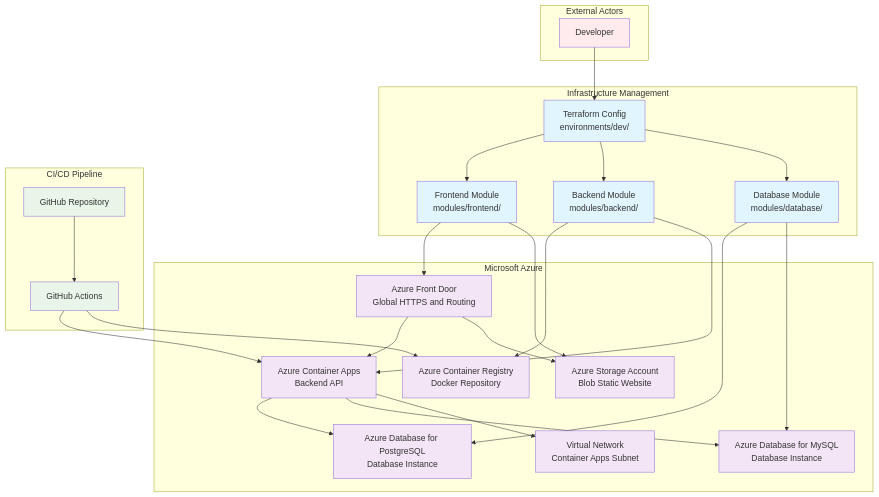
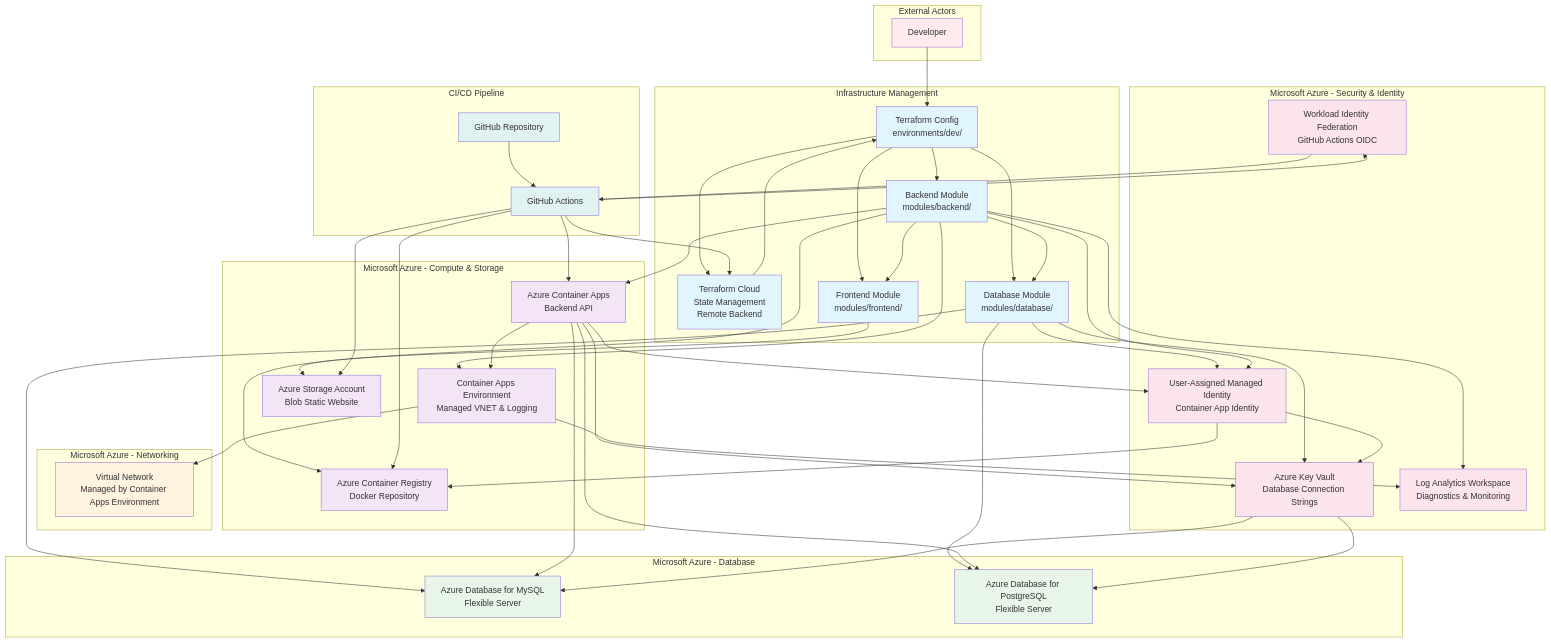
Before and after one commit to kenwoo9y/todo-infra-azure: the first of 2 diagrams in docs/architecture-diagram.md, drawn with Mermaid. The commit also changed other lines of this file, not shown here.

````diff
--- a/docs/architecture-diagram.md
+++ b/docs/architecture-diagram.md
@@ -10,19 +10,33 @@
 
     subgraph "Infrastructure Management"
         DEV_TERRAFORM[Terraform Config<br/>environments/dev/]
+        TF_CLOUD[Terraform Cloud<br/>State Management<br/>Remote Backend]
         DB_MODULE[Database Module<br/>modules/database/]
         BACKEND_MODULE[Backend Module<br/>modules/backend/]
         FRONTEND_MODULE[Frontend Module<br/>modules/frontend/]
     end
 
-    subgraph "Microsoft Azure"
+    subgraph "Microsoft Azure - Compute & Storage"
         ACA[Azure Container Apps<br/>Backend API]
-        MYSQL[Azure Database for MySQL<br/>Database Instance]
-        POSTGRESQL[Azure Database for PostgreSQL<br/>Database Instance]
+        ACA_ENV[Container Apps Environment<br/>Managed VNET & Logging]
         ACR[Azure Container Registry<br/>Docker Repository]
         STORAGE[Azure Storage Account<br/>Blob Static Website]
-        FRONT_DOOR[Azure Front Door<br/>Global HTTPS and Routing]
-        VNET[Virtual Network<br/>Container Apps Subnet]
+    end
+
+    subgraph "Microsoft Azure - Networking"
+        VNET[Virtual Network<br/>Managed by Container Apps Environment]
+    end
+
+    subgraph "Microsoft Azure - Database"
+        MYSQL[Azure Database for MySQL<br/>Flexible Server]
+        POSTGRESQL[Azure Database for PostgreSQL<br/>Flexible Server]
+    end
+
+    subgraph "Microsoft Azure - Security & Identity"
+        KEY_VAULT[Azure Key Vault<br/>Database Connection Strings]
+        LAW[Log Analytics Workspace<br/>Diagnostics & Monitoring]
+        MI[User-Assigned Managed Identity<br/>Container App Identity]
+        OIDC[Workload Identity Federation<br/>GitHub Actions OIDC]
     end
 
     subgraph "CI/CD Pipeline"
@@ -32,6 +46,8 @@
 
     %% Development Flow
     DEV --> DEV_TERRAFORM
+    DEV_TERRAFORM --> TF_CLOUD
+    TF_CLOUD --> DEV_TERRAFORM
     DEV_TERRAFORM --> DB_MODULE
     DEV_TERRAFORM --> BACKEND_MODULE
     DEV_TERRAFORM --> FRONTEND_MODULE
@@ -39,31 +55,55 @@
     %% Infrastructure Resources
     DB_MODULE --> MYSQL
     DB_MODULE --> POSTGRESQL
+    DB_MODULE --> KEY_VAULT
+    DB_MODULE --> MI
     BACKEND_MODULE --> ACA
+    BACKEND_MODULE --> ACA_ENV
     BACKEND_MODULE --> ACR
+    BACKEND_MODULE --> LAW
+    BACKEND_MODULE --> MI
+    BACKEND_MODULE --> DB_MODULE
+    BACKEND_MODULE --> FRONTEND_MODULE
     FRONTEND_MODULE --> STORAGE
-    FRONTEND_MODULE --> FRONT_DOOR
-    ACA --> VNET
+    ACA --> ACA_ENV
+    ACA --> MI
+
+    %% Networking Flow
+    ACA_ENV --> VNET
+    ACA_ENV --> LAW
 
     %% Service Connections
     ACA --> MYSQL
     ACA --> POSTGRESQL
-    FRONT_DOOR --> STORAGE
-    FRONT_DOOR --> ACA
+    ACA --> KEY_VAULT
+    MI --> KEY_VAULT
+    MI --> ACR
+    KEY_VAULT --> MYSQL
+    KEY_VAULT --> POSTGRESQL
 
     %% CI/CD
     GITHUB --> GITHUB_ACTIONS
+    GITHUB_ACTIONS --> TF_CLOUD
+    GITHUB_ACTIONS --> OIDC
+    OIDC --> GITHUB_ACTIONS
     GITHUB_ACTIONS --> ACR
     GITHUB_ACTIONS --> ACA
+    GITHUB_ACTIONS --> STORAGE
 
     %% Styles
     classDef actorClass fill:#ffebee
     classDef infraClass fill:#e1f5fe
-    classDef azureClass fill:#f3e5f5
-    classDef cicdClass fill:#e8f5e8
+    classDef computeClass fill:#f3e5f5
+    classDef networkClass fill:#fff3e0
+    classDef dbClass fill:#e8f5e9
+    classDef securityClass fill:#fce4ec
+    classDef cicdClass fill:#e0f2f1
 
     class DEV actorClass
-    class DEV_TERRAFORM,DB_MODULE,BACKEND_MODULE,FRONTEND_MODULE infraClass
-    class ACA,MYSQL,POSTGRESQL,ACR,STORAGE,FRONT_DOOR,VNET, azureClass
+    class DEV_TERRAFORM,TF_CLOUD,DB_MODULE,BACKEND_MODULE,FRONTEND_MODULE infraClass
+    class ACA,ACA_ENV,ACR,STORAGE computeClass
+    class VNET networkClass
+    class MYSQL,POSTGRESQL dbClass
+    class KEY_VAULT,LAW,MI,OIDC securityClass
     class GITHUB,GITHUB_ACTIONS cicdClass
 ```
````
